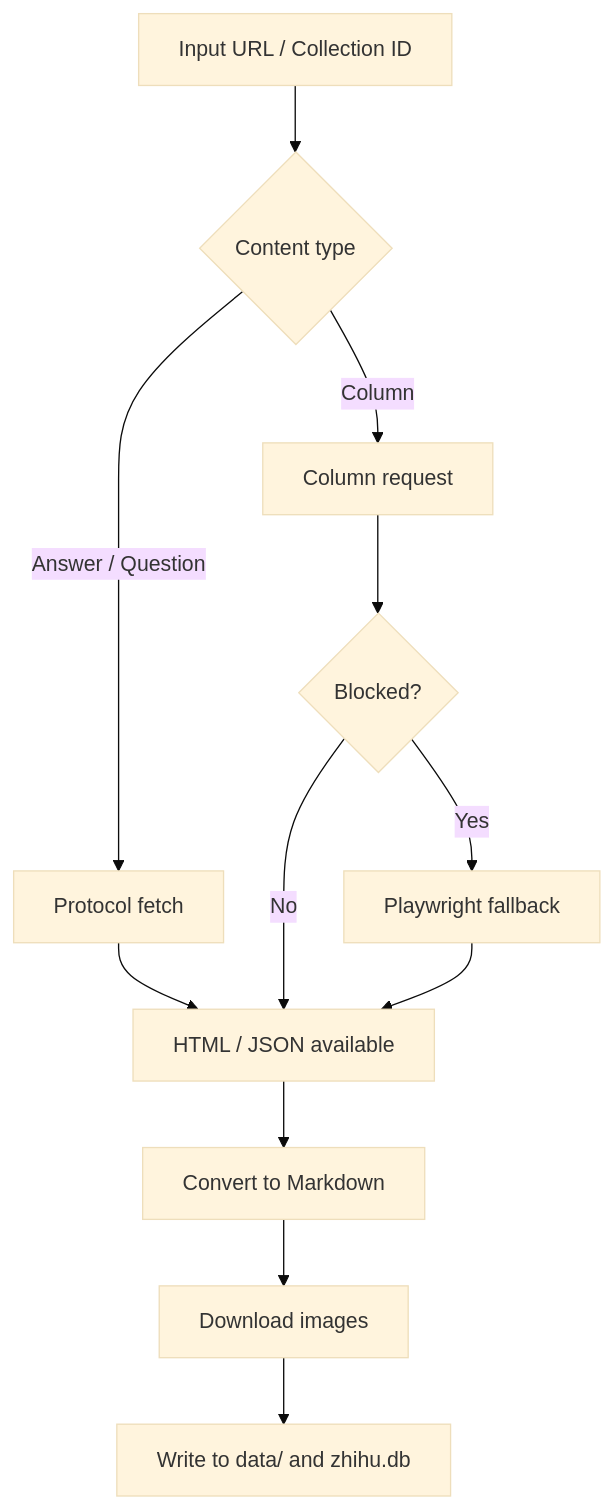
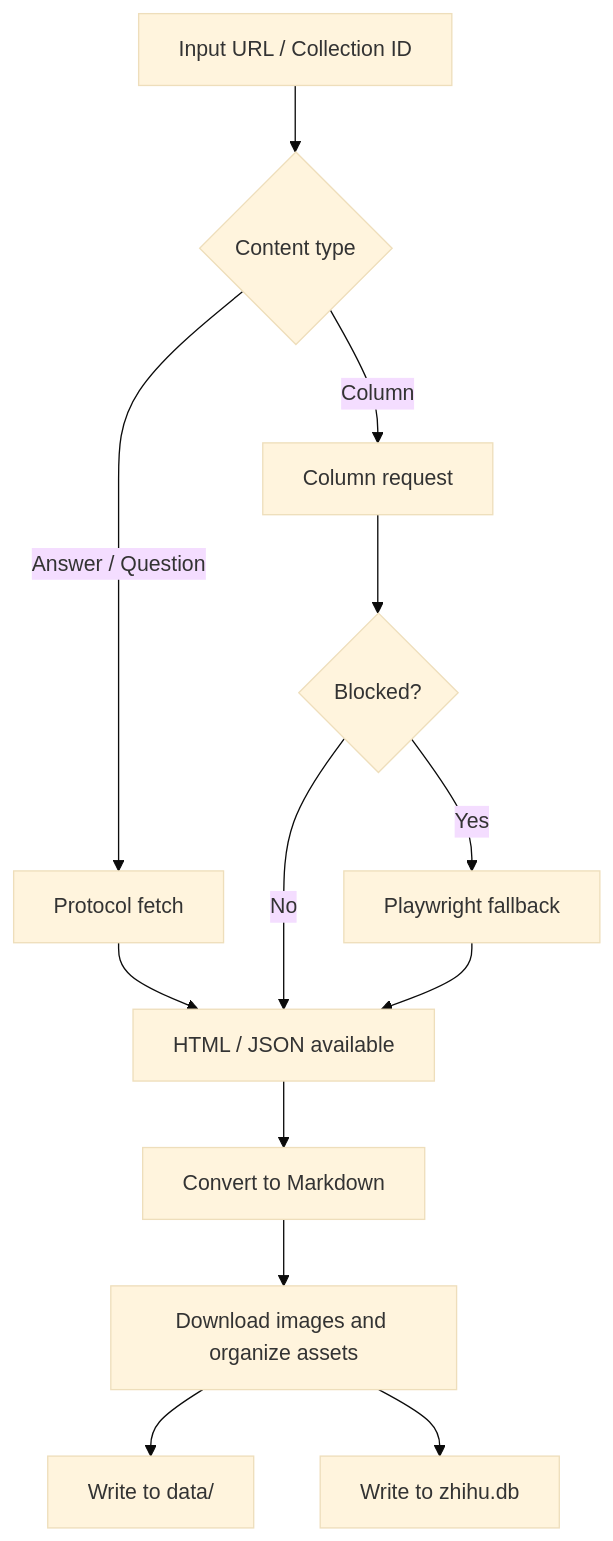
The second of 2 diagrams in README_EN.md (Smartloe/zhihu-scraper), drawn with Mermaid (base theme) before and after one commit. The commit also changed other lines of this file and 1 other file, not shown here.

````diff
--- a/README_EN.md
+++ b/README_EN.md
@@ -117,14 +159,15 @@
 ```mermaid
 flowchart TD
     A["Input URL / Collection ID"] --> B{"Content type"}
     B -->|Answer / Question| C["Protocol fetch"]
     B -->|Column| D["Column request"]
     C --> E["HTML / JSON available"]
     D --> F{"Blocked?"}
     F -->|No| E
     F -->|Yes| G["Playwright fallback"]
     G --> E
     E --> H["Convert to Markdown"]
-    H --> I["Download images"]
-    I --> J["Write to data/ and zhihu.db"]
+    H --> I["Download images and organize assets"]
+    I --> J["Write to data/"]
+    I --> K["Write to zhihu.db"]
 ```
````
